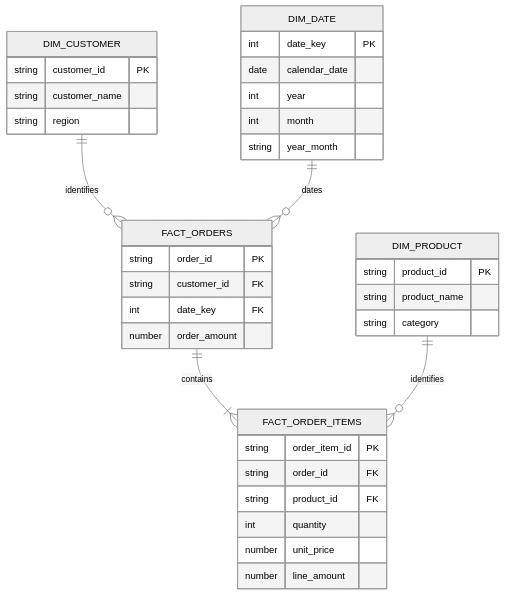
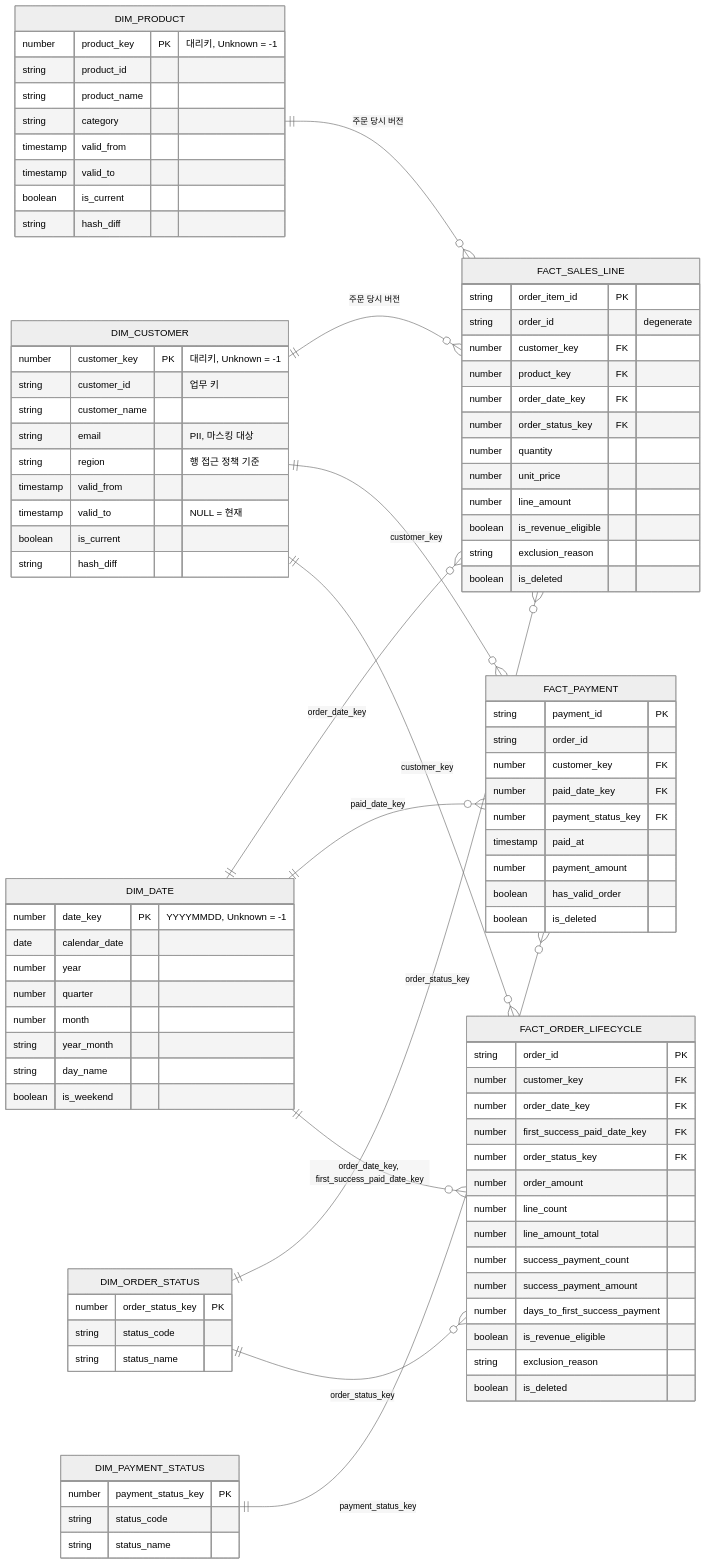
Before and after one commit to dongchanlim/Sales-ETL-Pipeline-AE101: the second of 2 diagrams in docs/erd.md, drawn with Mermaid (neutral theme). The commit also changed other lines of this file and 46 other files, not shown here.

````diff
--- a/docs/erd.md
+++ b/docs/erd.md
@@ -52,39 +62,96 @@
 ```mermaid
 erDiagram
-    direction TB
-    DIM_CUSTOMER ||--o{ FACT_ORDERS : identifies
-    DIM_DATE ||--o{ FACT_ORDERS : dates
-    FACT_ORDERS ||--|{ FACT_ORDER_ITEMS : contains
-    DIM_PRODUCT ||--o{ FACT_ORDER_ITEMS : identifies
+    direction LR
+    DIM_CUSTOMER ||--o{ FACT_SALES_LINE : "주문 당시 버전"
+    DIM_PRODUCT ||--o{ FACT_SALES_LINE : "주문 당시 버전"
+    DIM_DATE ||--o{ FACT_SALES_LINE : order_date_key
+    DIM_ORDER_STATUS ||--o{ FACT_SALES_LINE : order_status_key
+    DIM_CUSTOMER ||--o{ FACT_PAYMENT : customer_key
+    DIM_DATE ||--o{ FACT_PAYMENT : paid_date_key
+    DIM_PAYMENT_STATUS ||--o{ FACT_PAYMENT : payment_status_key
+    DIM_CUSTOMER ||--o{ FACT_ORDER_LIFECYCLE : customer_key
+    DIM_DATE ||--o{ FACT_ORDER_LIFECYCLE : "order_date_key, first_success_paid_date_key"
+    DIM_ORDER_STATUS ||--o{ FACT_ORDER_LIFECYCLE : order_status_key
     DIM_CUSTOMER {
-        string customer_id PK
+        number customer_key PK "대리키, Unknown = -1"
+        string customer_id "업무 키"
         string customer_name
-        string region
+        string email "PII, 마스킹 대상"
+        string region "행 접근 정책 기준"
+        timestamp valid_from
+        timestamp valid_to "NULL = 현재"
+        boolean is_current
+        string hash_diff
     }
     DIM_PRODUCT {
-        string product_id PK
+        number product_key PK "대리키, Unknown = -1"
+        string product_id
         string product_name
         string category
+        timestamp valid_from
+        timestamp valid_to
+        boolean is_current
+        string hash_diff
     }
     DIM_DATE {
-        int date_key PK
+        number date_key PK "YYYYMMDD, Unknown = -1"
         date calendar_date
-        int year
-        int month
+        number year
+        number quarter
+        number month
         string year_month
+        string day_name
+        boolean is_weekend
     }
-    FACT_ORDERS {
-        string order_id PK
-        string customer_id FK
-        int date_key FK
-        number order_amount
+    DIM_ORDER_STATUS {
+        number order_status_key PK
+        string status_code
+        string status_name
     }
-    FACT_ORDER_ITEMS {
+    DIM_PAYMENT_STATUS {
+        number payment_status_key PK
+        string status_code
+        string status_name
+    }
+    FACT_SALES_LINE {
         string order_item_id PK
-        string order_id FK
-        string product_id FK
-        int quantity
+        string order_id "degenerate"
+        number customer_key FK
+        number product_key FK
+        number order_date_key FK
+        number order_status_key FK
+        number quantity
         number unit_price
         number line_amount
+        boolean is_revenue_eligible
+        string exclusion_reason
+        boolean is_deleted
+    }
+    FACT_PAYMENT {
+        string payment_id PK
+        string order_id
+        number customer_key FK
+        number paid_date_key FK
+        number payment_status_key FK
+        timestamp paid_at
+        number payment_amount
+        boolean has_valid_order
+        boolean is_deleted
+    }
+    FACT_ORDER_LIFECYCLE {
+        string order_id PK
+        number customer_key FK
+        number order_date_key FK
+        number first_success_paid_date_key FK
+        number order_status_key FK
+        number order_amount
+        number line_count
+        number line_amount_total
+        number success_payment_count
+        number success_payment_amount
+        number days_to_first_success_payment
+        boolean is_revenue_eligible
+        string exclusion_reason
+        boolean is_deleted
     }
 ```
````
